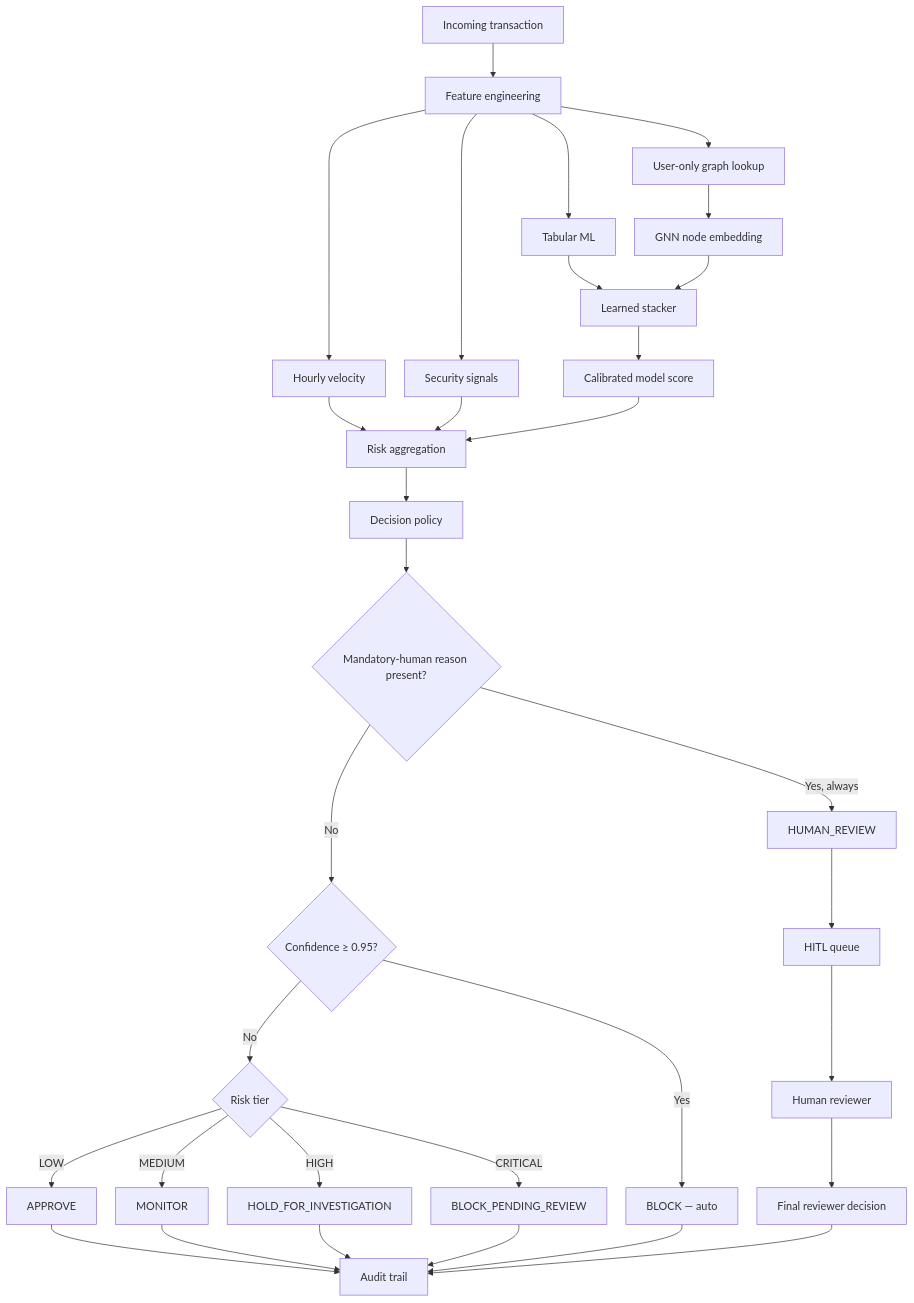
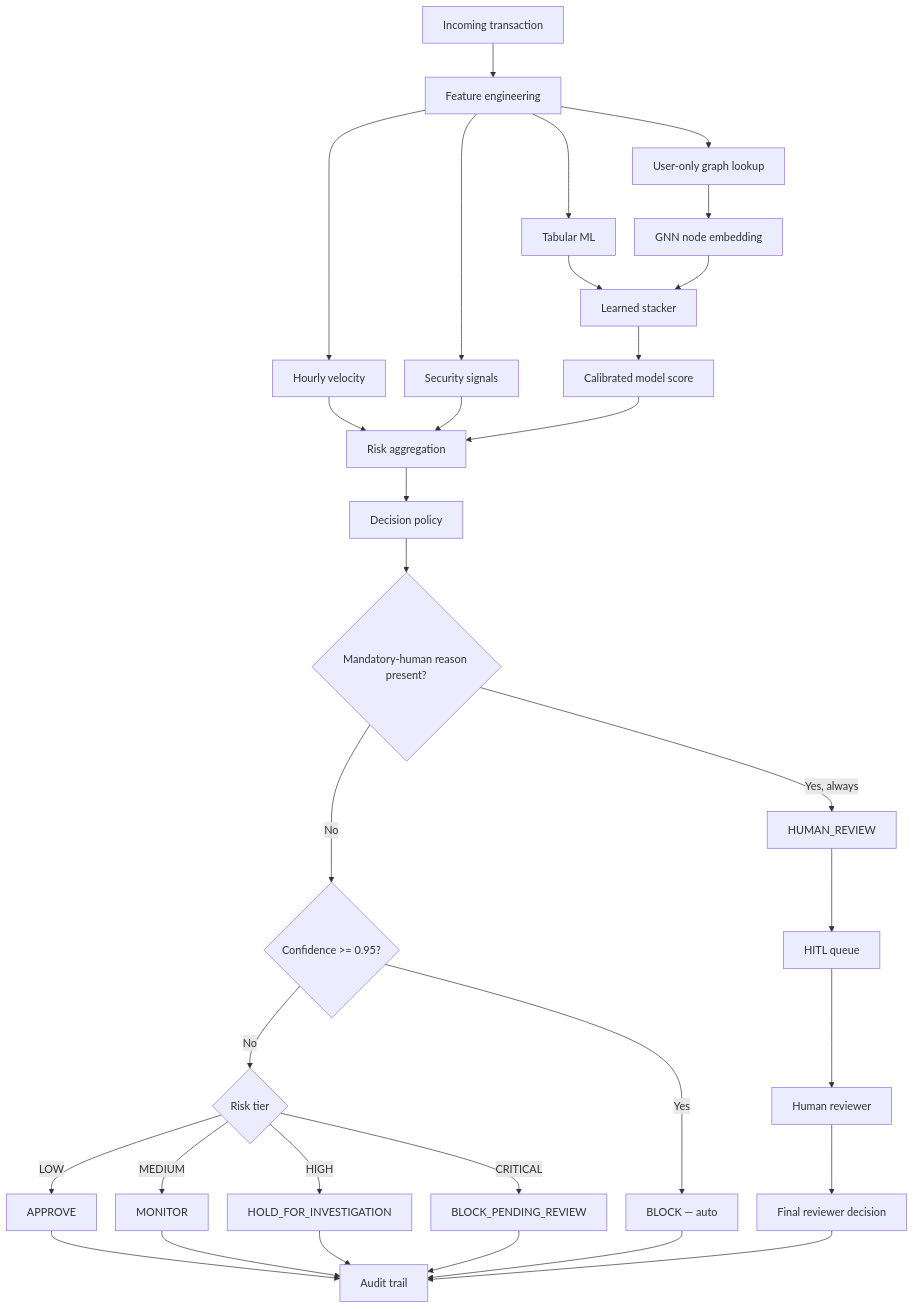
One commit to Dikshu015/RazorRisk-Agentic-AI-Payment-Fraud-Risk-Investigation-Platform changed the tenth of 21 diagrams in README.md. Above: the diagram before and after it, drawn with Mermaid. The commit also changed other lines of this file and 5 other files, not shown here.

````diff
--- a/README.md
+++ b/README.md
@@ -266,35 +320,35 @@
 ```mermaid
 %%{init: {'flowchart': {'nodeSpacing': 28, 'rankSpacing': 50}}}%%
 flowchart TB
     T[Incoming transaction] --> F[Feature engineering]
     F --> V[Hourly velocity]
     F --> S[Security signals]
     F --> TM[Tabular ML]
     F --> G[User-only graph lookup]
     G --> GN[GNN node embedding]
     TM --> ST[Learned stacker]
     GN --> ST
     ST --> CS[Calibrated model score]
     V --> RA[Risk aggregation]
     S --> RA
     CS --> RA
     RA --> P[Decision policy]
     P --> M{Mandatory-human reason present?}
     M -->|Yes, always| R[HUMAN_REVIEW]
-    M -->|No| C{Confidence &ge; 0.95?}
+    M -->|No| C{Confidence >= 0.95?}
     C -->|Yes| B[BLOCK — auto]
     C -->|No| TIER{Risk tier}
     TIER -->|LOW| A[APPROVE]
     TIER -->|MEDIUM| MON[MONITOR]
     TIER -->|HIGH| HOLD[HOLD_FOR_INVESTIGATION]
     TIER -->|CRITICAL| BPR[BLOCK_PENDING_REVIEW]
     R --> Q[HITL queue]
     Q --> HR[Human reviewer]
     HR --> D[Final reviewer decision]
     A --> AU[Audit trail]
     MON --> AU
     HOLD --> AU
     BPR --> AU
     B --> AU
     D --> AU
 ```
````
